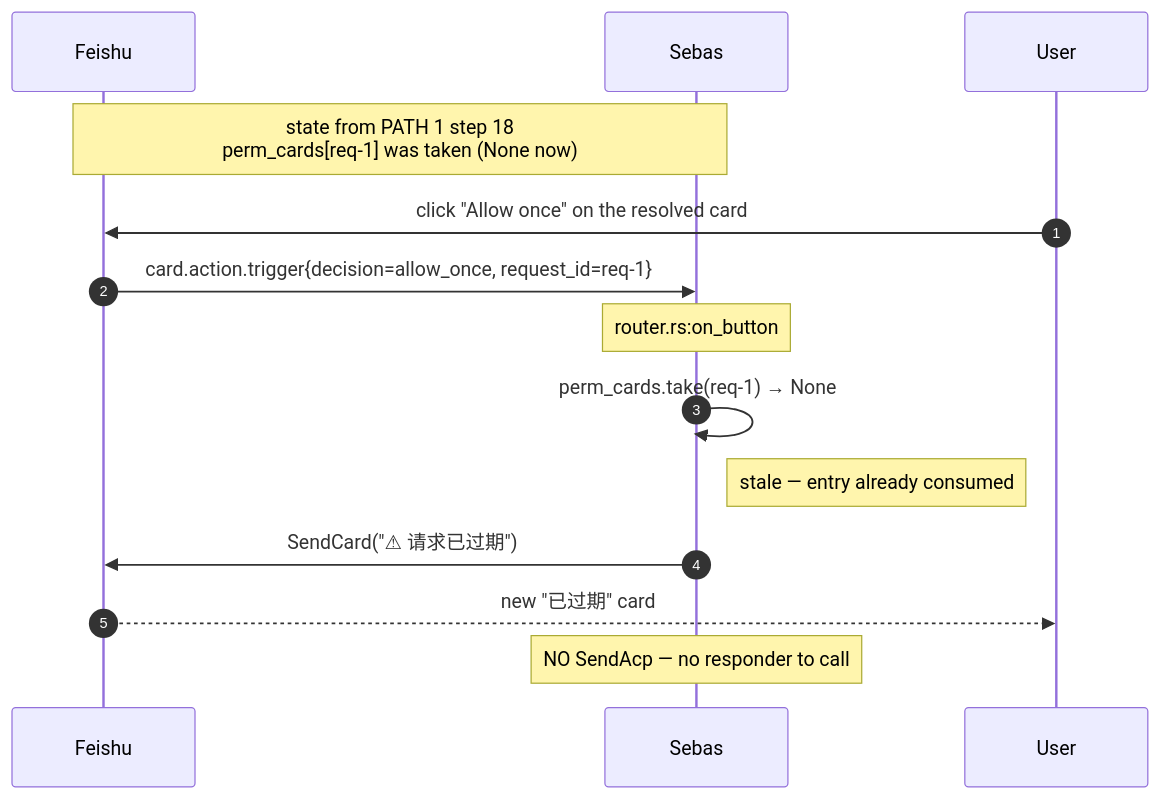
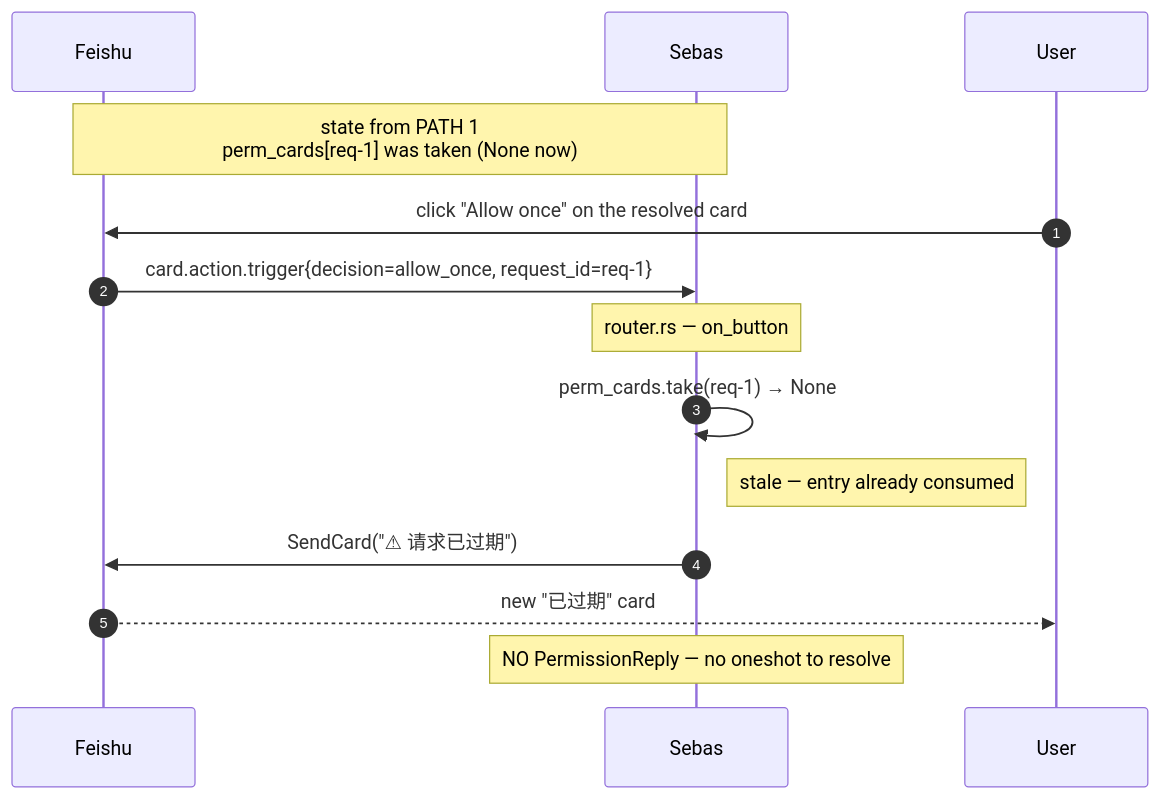
One commit to cupen/sebas changed the third of 4 diagrams in docs/perm-flow/sequence.md. Above: the diagram before and after it, drawn with Mermaid. The commit also changed other lines of this file and 30 other files, not shown here.

````diff
--- a/docs/perm-flow/sequence.md
+++ b/docs/perm-flow/sequence.md
@@ -105,19 +115,19 @@
 ```mermaid
 sequenceDiagram
     autonumber
     participant Feishu
     participant Sebas
     participant User
 
-    Note over Feishu,Sebas: state from PATH 1 step 18<br/>perm_cards[req-1] was taken (None now)
+    Note over Feishu,Sebas: state from PATH 1<br/>perm_cards[req-1] was taken (None now)
 
     User->>Feishu: click "Allow once" on the resolved card
     Feishu->>Sebas: card.action.trigger{decision=allow_once, request_id=req-1}
 
-    Note over Sebas: router.rs:on_button
+    Note over Sebas: router.rs — on_button
     Sebas->>Sebas: perm_cards.take(req-1) → None
     Note right of Sebas: stale — entry already consumed
     Sebas->>Feishu: SendCard("⚠ 请求已过期")
     Feishu-->>User: new "已过期" card
-    Note over Sebas: NO SendAcp — no responder to call
+    Note over Sebas: NO PermissionReply — no oneshot to resolve
 ```
````
